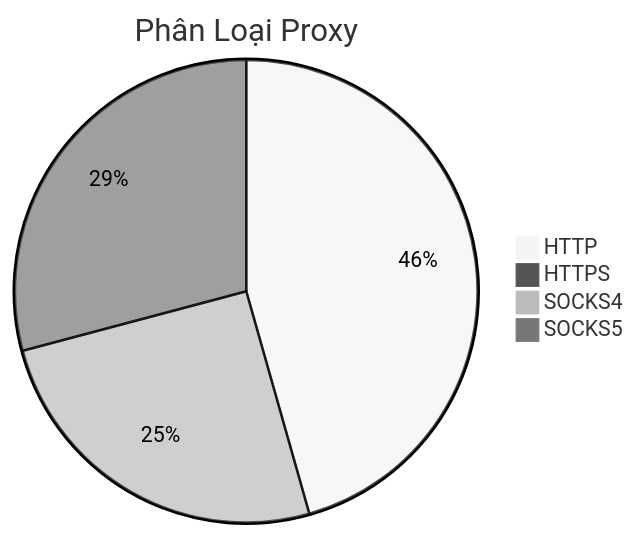
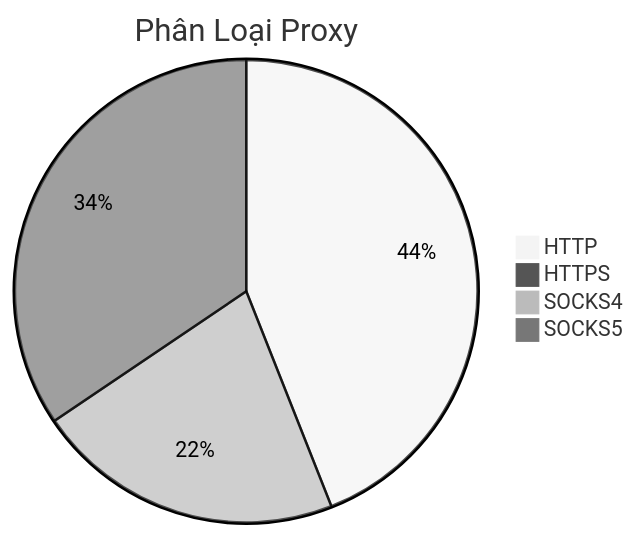
The diagram in README.md (Ciara-12/PROXY-free), drawn with Mermaid (neutral theme) before and after one commit. The commit also changed other lines of this file and 3 other files, not shown here.

````diff
--- a/README.md
+++ b/README.md
@@ -26,7 +26,7 @@
 ```mermaid
 pie title Phân Loại Proxy
-    "HTTP" : 529
+    "HTTP" : 484
     "HTTPS" : 2
-    "SOCKS4" : 293
-    "SOCKS5" : 338
+    "SOCKS4" : 237
+    "SOCKS5" : 379
 ```
````
